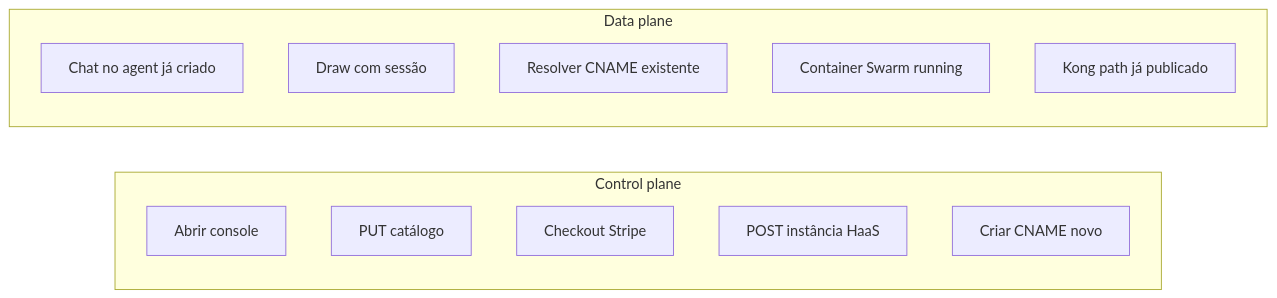
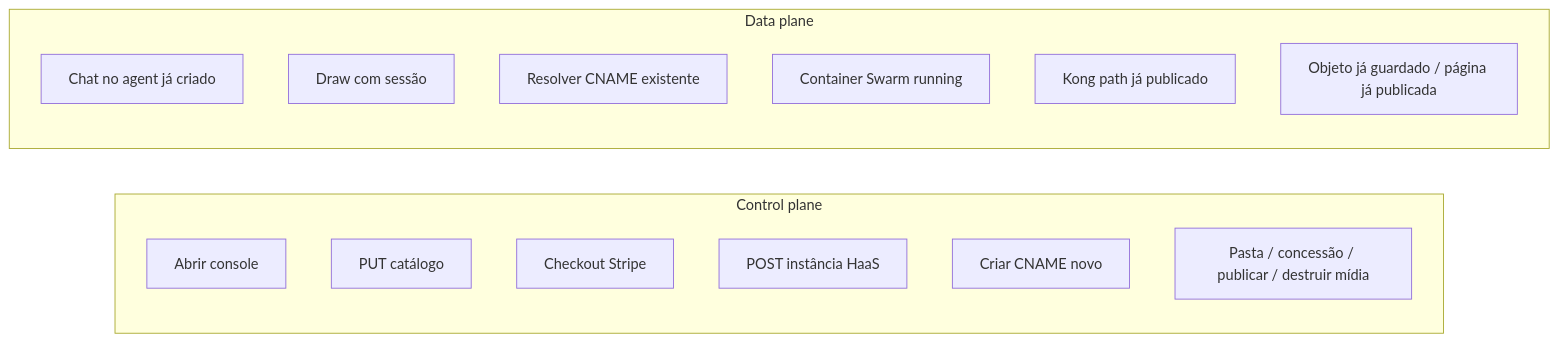
One commit to brenonaraujo/home.cloud changed the first of 2 diagrams in docs/control-data-plane.md. Above: the diagram before and after it, drawn with Mermaid. The commit also changed other lines of this file and 4 other files, not shown here.

````diff
--- a/docs/control-data-plane.md
+++ b/docs/control-data-plane.md
@@ -18,18 +18,20 @@
 ```mermaid
 flowchart LR
   subgraph cp["Control plane"]
     A[Abrir console]
     B[PUT catálogo]
     C[Checkout Stripe]
     D["POST instância HaaS"]
     E[Criar CNAME novo]
+    K["Pasta / concessão / publicar / destruir mídia"]
   end
 
   subgraph dp["Data plane"]
     F[Chat no agent já criado]
     G[Draw com sessão]
     H[Resolver CNAME existente]
     I[Container Swarm running]
     J[Kong path já publicado]
+    L["Objeto já guardado / página já publicada"]
   end
 ```
````
